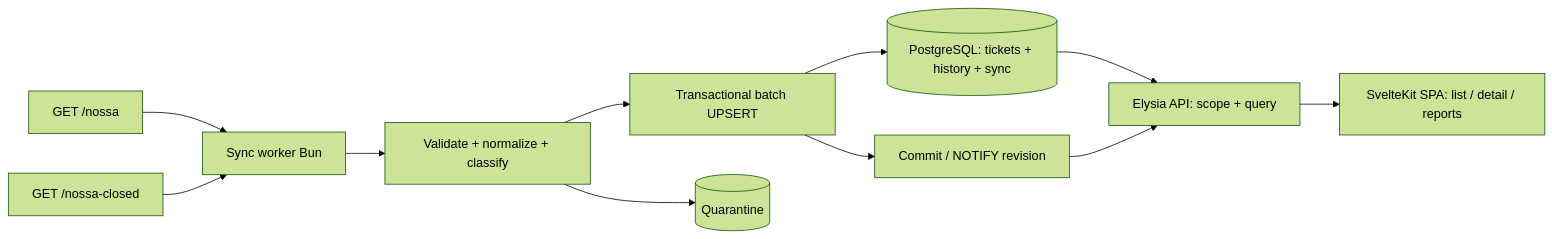
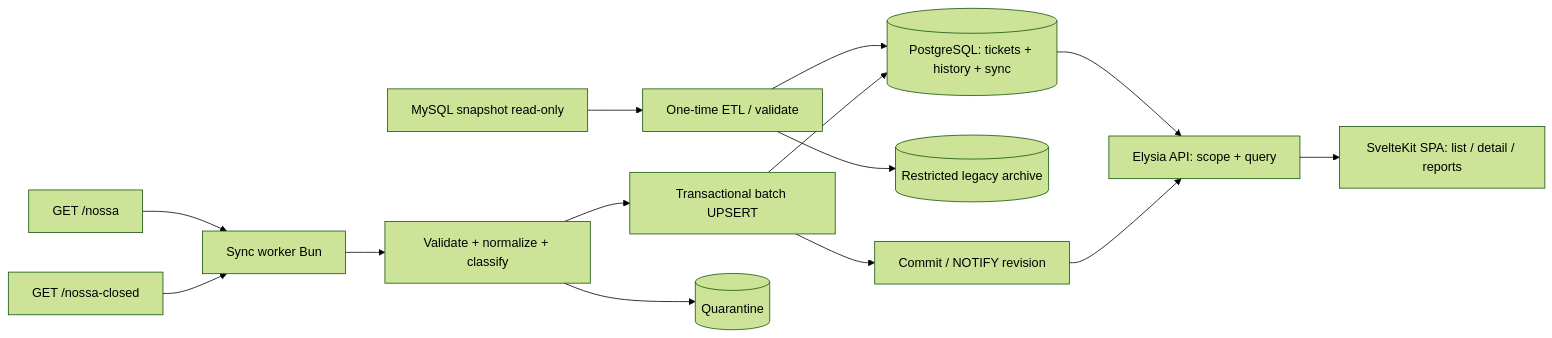
One commit to aufardp/dompis-v3 changed the first of 2 diagrams in docs/Architecture.md. Above: the diagram before and after it, drawn with Mermaid (forest theme). The commit also changed other lines of this file and 19 other files, not shown here.

````diff
--- a/docs/Architecture.md
+++ b/docs/Architecture.md
@@ -6,13 +6,16 @@
 ```mermaid
 flowchart LR
+  L[MySQL snapshot read-only] --> M[One-time ETL / validate]
+  M --> P
+  M --> H[(Restricted legacy archive)]
   N[GET /nossa] --> W[Sync worker Bun]
   C[GET /nossa-closed] --> W
   W --> V[Validate + normalize + classify]
   V --> T[Transactional batch UPSERT]
   V --> Q[(Quarantine)]
   T --> P[(PostgreSQL: tickets + history + sync)]
   P --> A[Elysia API: scope + query]
   T --> E[Commit / NOTIFY revision]
   E --> A
   A --> U[SvelteKit SPA: list / detail / reports]
 ```
````
